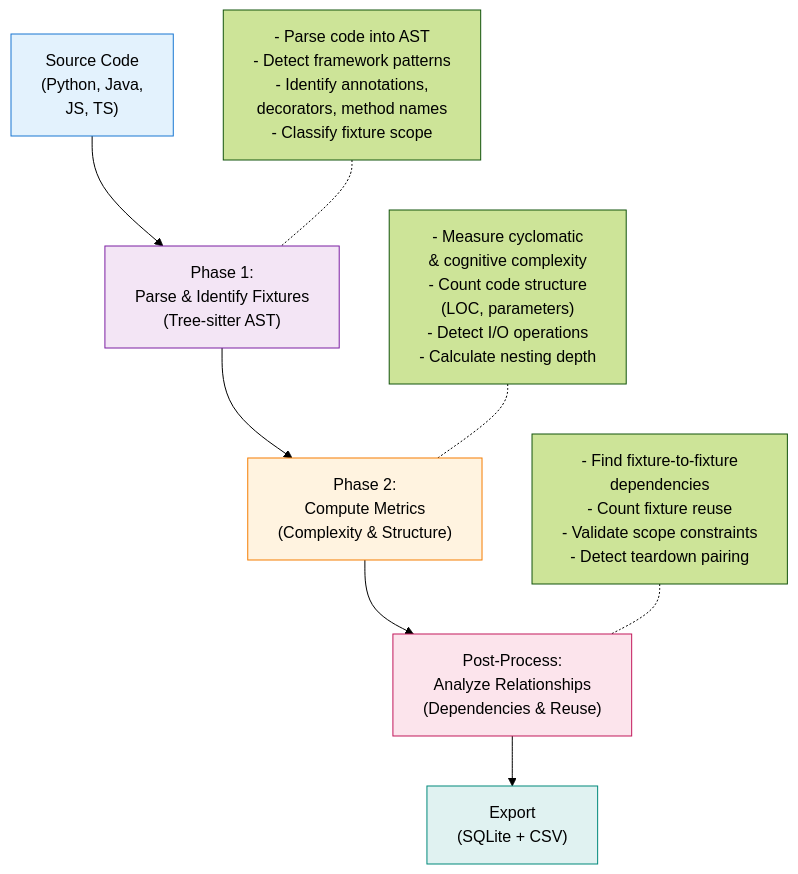
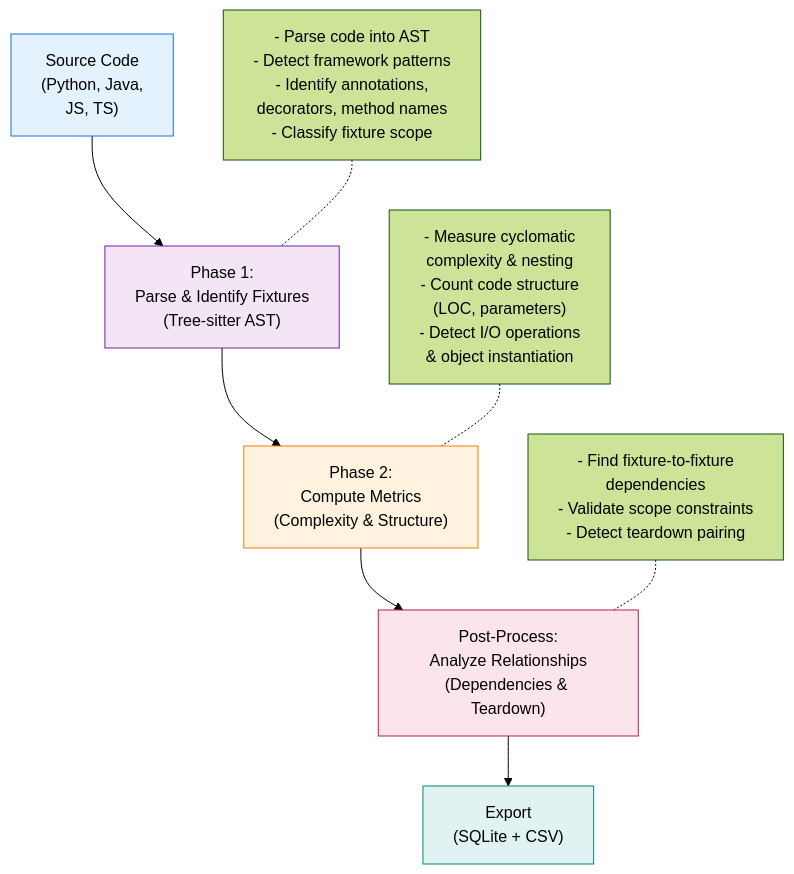
The diagram in docs/architecture/detection.md (joaofix/fixturedb), drawn with Mermaid (forest theme) before and after one commit. The commit also changed other lines of this file and 12 other files, not shown here.

````diff
--- a/docs/architecture/detection.md
+++ b/docs/architecture/detection.md
@@ -283,16 +113,16 @@
 ```mermaid
 flowchart TB
     A["Source Code<br>(Python, Java,<br>JS, TS)"] --> B["Phase 1:<br>Parse &amp; Identify Fixtures<br>(Tree-sitter AST)"]
     B --> C["Phase 2:<br>Compute Metrics<br>(Complexity &amp; Structure)"]
-    C --> D["Post-Process:<br>Analyze Relationships<br>(Dependencies &amp; Reuse)"]
+    C --> D["Post-Process:<br>Analyze Relationships<br>(Dependencies &amp; Teardown)"]
     D --> E["Export<br>(SQLite + CSV)"]
     B1["- Parse code into AST<br>- Detect framework patterns<br>- Identify annotations,<br>  decorators, method names<br>- Classify fixture scope"] -.- B
-    C1["- Measure cyclomatic<br>  &amp; cognitive complexity<br>- Count code structure<br>  (LOC, parameters)<br>- Detect I/O operations<br>- Calculate nesting depth"] -.- C
-    D1["- Find fixture-to-fixture<br>  dependencies<br>- Count fixture reuse<br>- Validate scope constraints<br>- Detect teardown pairing"] -.- D
+    C1["- Measure cyclomatic<br>  complexity &amp; nesting<br>- Count code structure<br>  (LOC, parameters)<br>- Detect I/O operations<br>  &amp; object instantiation"] -.- C
+    D1["- Find fixture-to-fixture<br>  dependencies<br>- Validate scope constraints<br>- Detect teardown pairing"] -.- D
 
     style A fill:#e3f2fd,stroke:#1976d2
     style B fill:#f3e5f5,stroke:#7b1fa2
     style C fill:#fff3e0,stroke:#f57c00
     style D fill:#fce4ec,stroke:#c2185b
     style E fill:#e0f2f1,stroke:#00897b
 ```
````
